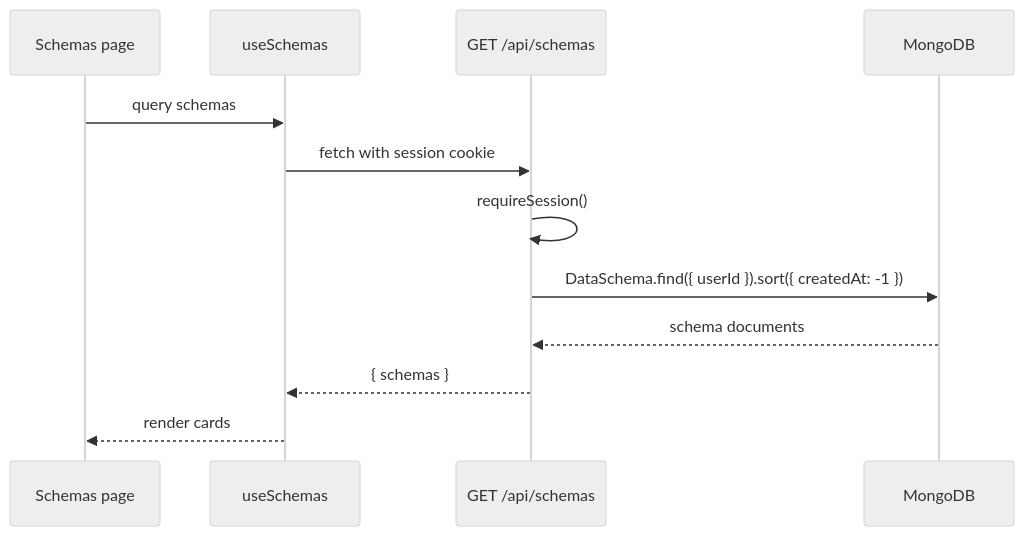
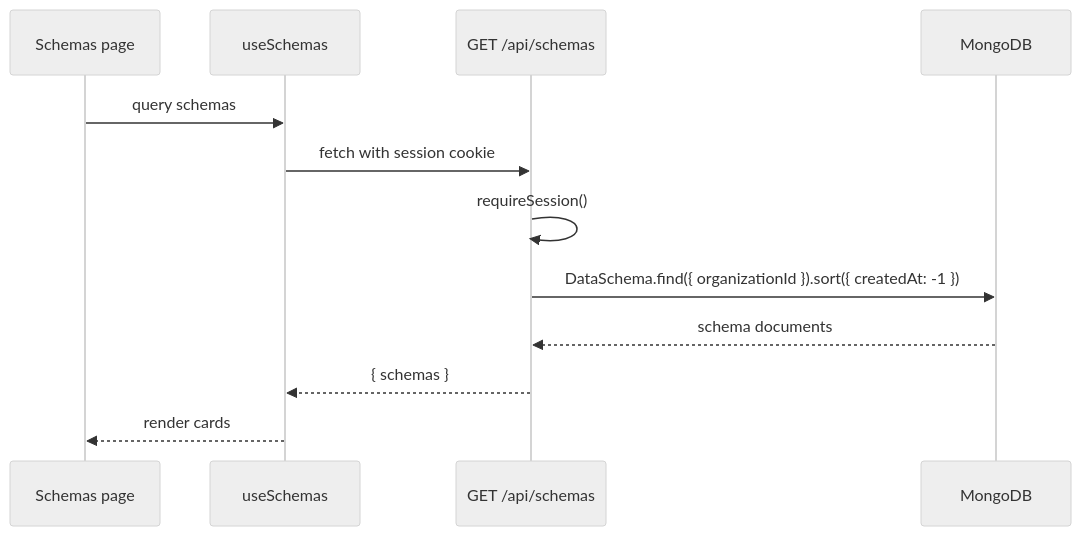
One commit to el-esnawy/my-api changed the first of 2 diagrams in dev-docs/dashboard-management-flows.md. Above: the diagram before and after it, drawn with Mermaid (neutral theme). The commit also changed other lines of this file and 90 other files, not shown here.

````diff
--- a/dev-docs/dashboard-management-flows.md
+++ b/dev-docs/dashboard-management-flows.md
@@ -51,15 +63,15 @@
 ```mermaid
 sequenceDiagram
   participant Page as Schemas page
   participant Hook as useSchemas
   participant API as GET /api/schemas
   participant DB as MongoDB
 
   Page->>Hook: query schemas
   Hook->>API: fetch with session cookie
   API->>API: requireSession()
-  API->>DB: DataSchema.find({ userId }).sort({ createdAt: -1 })
+  API->>DB: DataSchema.find({ organizationId }).sort({ createdAt: -1 })
   DB-->>API: schema documents
   API-->>Hook: { schemas }
   Hook-->>Page: render cards
 ```
````
